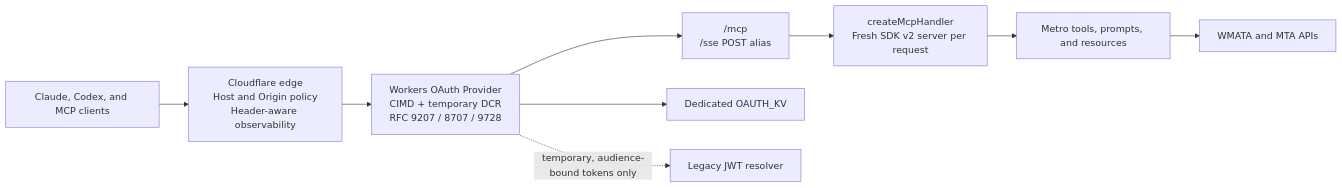
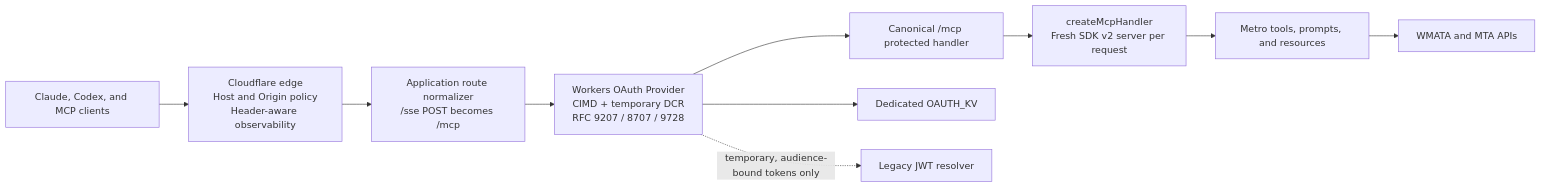
One commit to Aarekaz/transit-mcp changed the diagram in docs/superpowers/specs/2026-08-13-mcp-2026-upgrade-design.md. Above: the diagram before and after it, drawn with Mermaid. The commit also changed other lines of this file, not shown here.

Commit message:
docs: address MCP upgrade review findings

````diff
--- a/docs/superpowers/specs/2026-08-13-mcp-2026-upgrade-design.md
+++ b/docs/superpowers/specs/2026-08-13-mcp-2026-upgrade-design.md
@@ -74,11 +74,12 @@
 ```mermaid
 flowchart LR
     C["Claude, Codex, and MCP clients"] --> E["Cloudflare edge<br/>Host and Origin policy<br/>Header-aware observability"]
-    E --> O["Workers OAuth Provider<br/>CIMD + temporary DCR<br/>RFC 9207 / 8707 / 9728"]
-    O --> H["/mcp<br/>/sse POST alias"]
+    E --> A["Application route normalizer<br/>/sse POST becomes /mcp"]
+    A --> O["Workers OAuth Provider<br/>CIMD + temporary DCR<br/>RFC 9207 / 8707 / 9728"]
+    O --> H["Canonical /mcp protected handler"]
     H --> S["createMcpHandler<br/>Fresh SDK v2 server per request"]
     S --> T["Metro tools, prompts, and resources"]
     T --> W["WMATA and MTA APIs"]
     O --> K["Dedicated OAUTH_KV"]
     O -. "temporary, audience-bound tokens only" .-> L["Legacy JWT resolver"]
 ```
````
